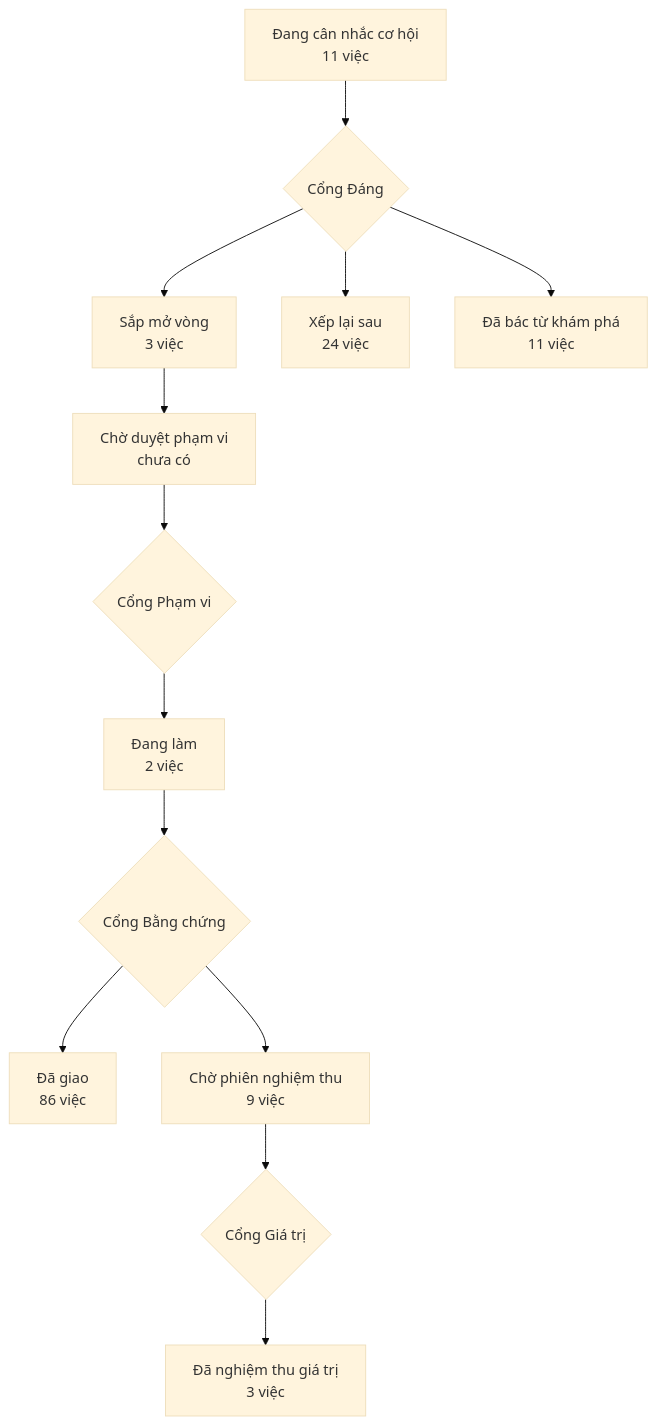
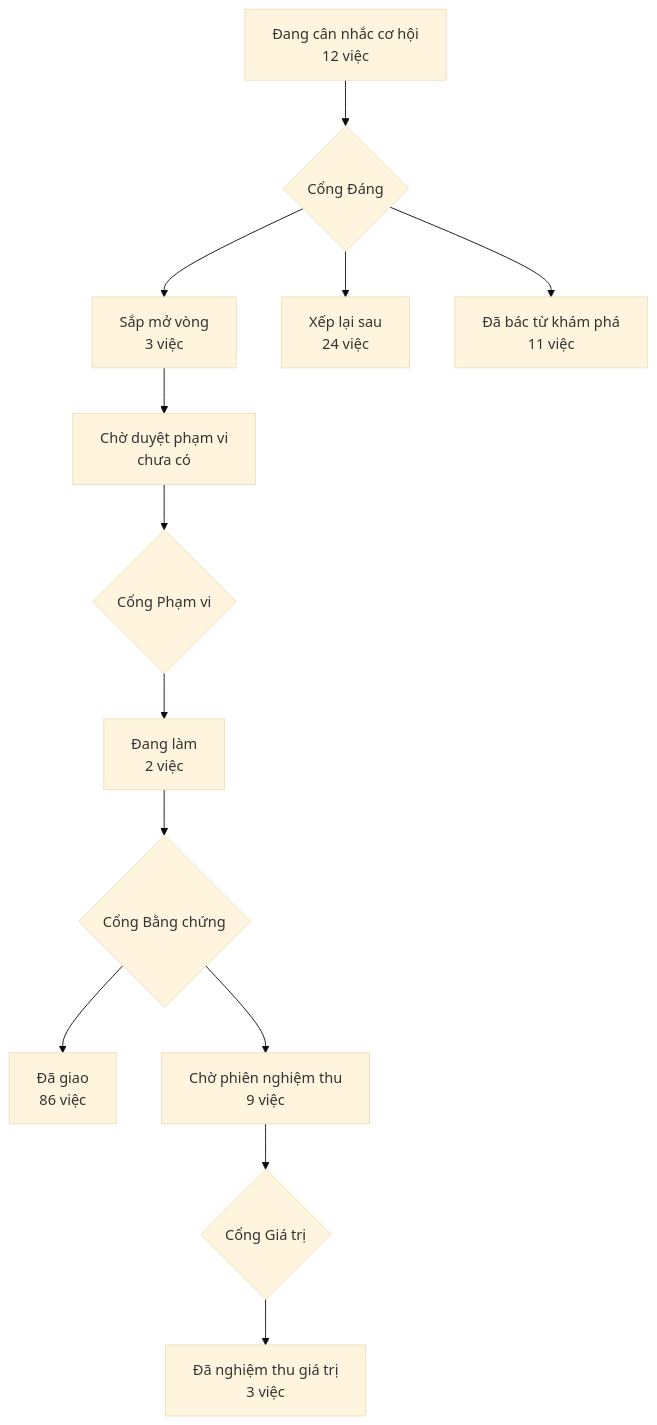
The diagram in PRODUCT-MAP.md (phanlemanh/acceptance-gate-kit), drawn with Mermaid (base theme) before and after one commit. The commit also changed other lines of this file and 2 other files, not shown here.

Commit message:
acceptance(lan-ghim-lai-giu-tron-loi-loi): mở ô — làn ghim lại giữ trọn lời lỗi, dấu lượt đỏ
Owner gõ «mở ô» 02/10 sau khi nghe gói (điều kiện «sau khi crm nhận 2.20.0» đã
đạt). Ô discovery, Gốc: crm/_acceptance/soan-okr-cung-tro-ly (ký 07:53, 12:40
chưa gộp; ~10 lượt ghim lại, 5 đỏ không dòng sổ; 0/6 nguyên nhân thuộc vật).
Hai món, không đổi nghĩa xanh/đỏ: lệnh đỏ ghi trọn đầu ra ra
.acceptance-runs/<slug>/ và in đường dẫn; làn đỏ để lại một dòng sổ kèm tải
máy. Bốn giả định có phép thử (số 1: bộ đọc 2.20.0 nhận kind mới trong
run-log mà không đỏ), ngưỡng mang [đề xuất], năm nhát đã cắt ghi lại. Hạt
giống đi kèm cho VC8. Bản đồ: Đang cân nhắc 11 → 12.

````diff
--- a/PRODUCT-MAP.md
+++ b/PRODUCT-MAP.md
@@ -6,12 +6,12 @@
 ```mermaid
 flowchart TD
-  A["Đang cân nhắc cơ hội<br/>11 việc"] --> GD{"Cổng Đáng"}
+  A["Đang cân nhắc cơ hội<br/>12 việc"] --> GD{"Cổng Đáng"}
   GD --> B["Sắp mở vòng<br/>3 việc"]
   GD --> XL["Xếp lại sau<br/>24 việc"]
   GD --> DB["Đã bác từ khám phá<br/>11 việc"]
   B --> CD["Chờ duyệt phạm vi<br/>chưa có"] --> GP{"Cổng Phạm vi"}
   GP --> DL["Đang làm<br/>2 việc"] --> GB{"Cổng Bằng chứng"}
   GB --> DG["Đã giao<br/>86 việc"]
   GB --> CN["Chờ phiên nghiệm thu<br/>9 việc"] --> GG{"Cổng Giá trị"}
   GG --> NT["Đã nghiệm thu giá trị<br/>3 việc"]
 ```
````
